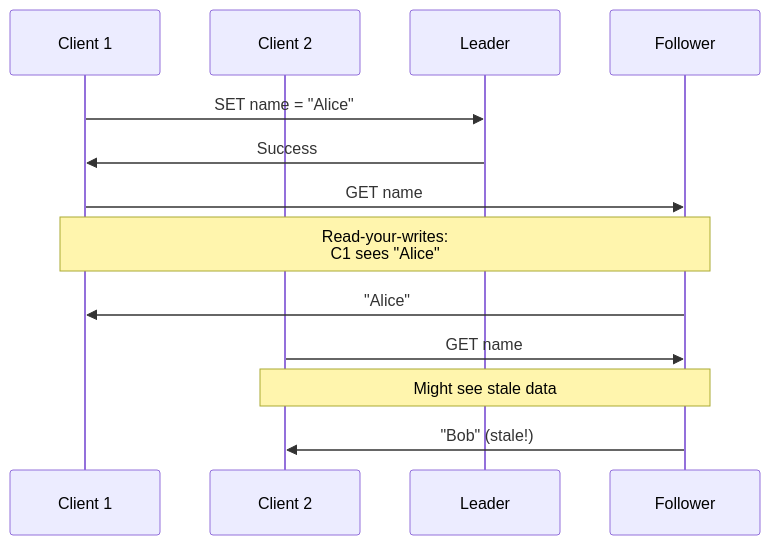
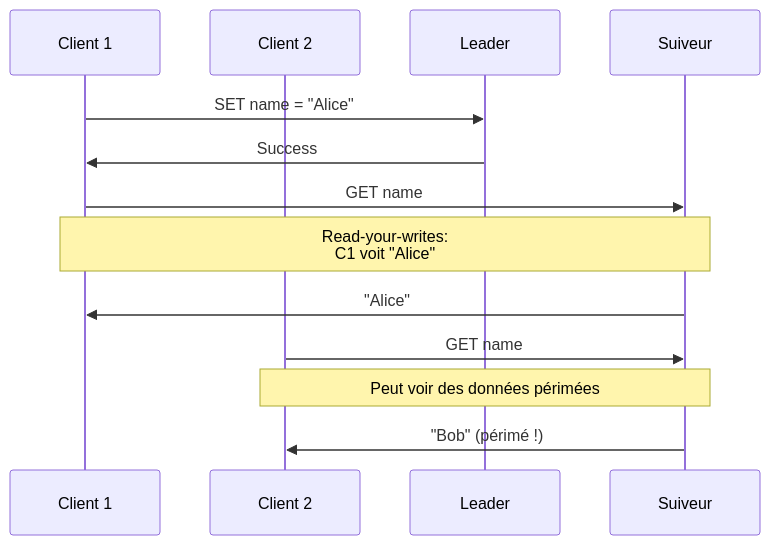
Before and after one commit to dardourimohamed/distributed-systems-course: the fifth of 7 diagrams in src/data-store/07-consistency.md, drawn with Mermaid. The commit also changed other lines of this file and 38 other files, not shown here.

````diff
--- a/src/data-store/07-consistency.md
+++ b/src/data-store/07-consistency.md
@@ -139,18 +139,18 @@
 ```mermaid
 sequenceDiagram
     participant C1 as Client 1
     participant C2 as Client 2
     participant L as Leader
-    participant F as Follower
+    participant F as Suiveur
 
     C1->>L: SET name = "Alice"
     L->>C1: Success
 
     C1->>F: GET name
-    Note over C1,F: Read-your-writes:<br/>C1 sees "Alice"
+    Note over C1,F: Read-your-writes:<br/>C1 voit "Alice"
     F->>C1: "Alice"
 
     C2->>F: GET name
-    Note over C2,F: Might see stale data
-    F->>C2: "Bob" (stale!)
+    Note over C2,F: Peut voir des données périmées
+    F->>C2: "Bob" (périmé !)
 ```
````
